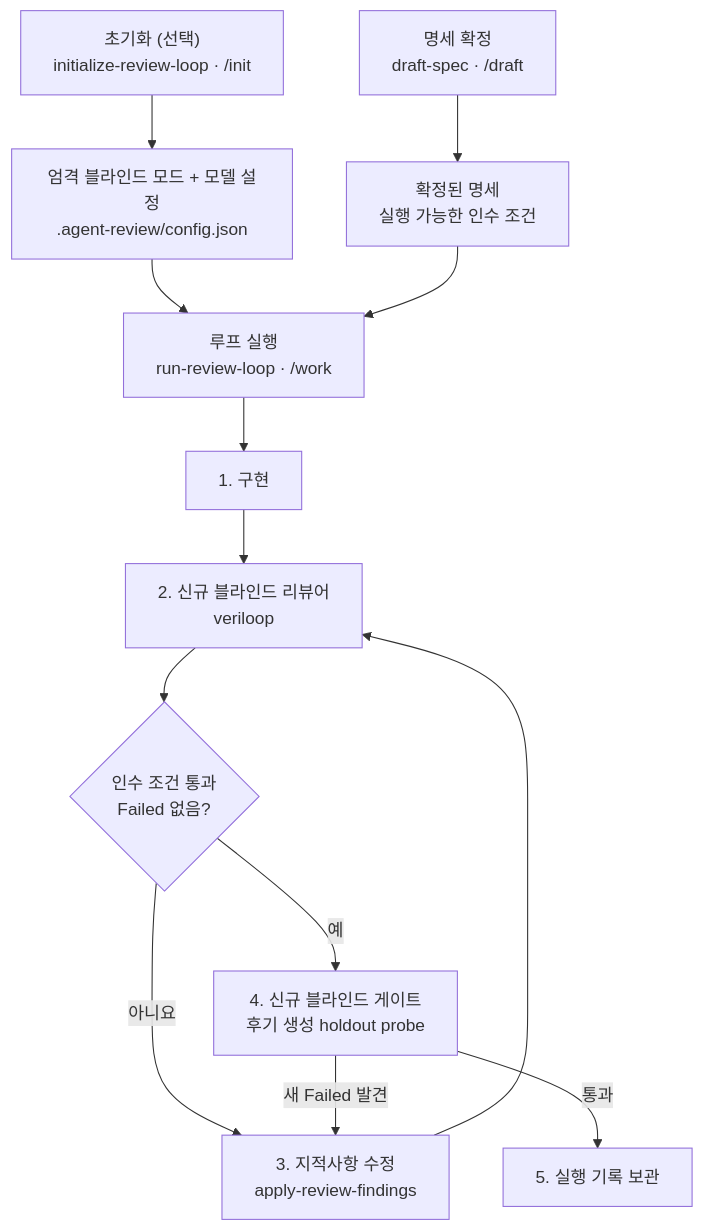
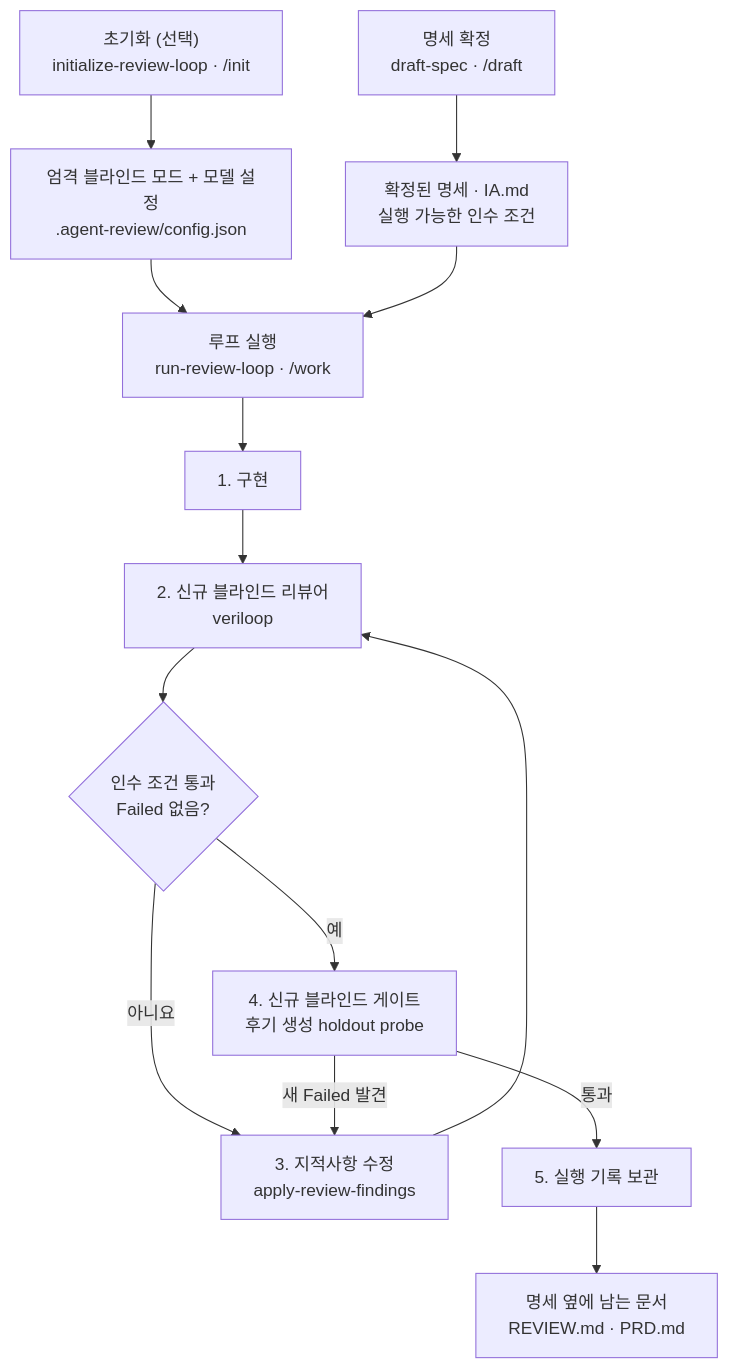
Before and after one commit to dev-geon/veriloop: the diagram in README.ko.md, drawn with Mermaid. The commit also changed other lines of this file and 5 other files, not shown here.

First line of the commit message:
feat: split loop artifacts into IA.md, REVIEW.md and PRD.md

````diff
--- a/README.ko.md
+++ b/README.ko.md
@@ -33,15 +33,16 @@
 ```mermaid
 flowchart TD
     Init["초기화 (선택)<br/>initialize-review-loop · /init"] --> State["엄격 블라인드 모드 + 모델 설정<br/>.agent-review/config.json"]
-    Draft["명세 확정<br/>draft-spec · /draft"] --> Spec["확정된 명세<br/>실행 가능한 인수 조건"]
+    Draft["명세 확정<br/>draft-spec · /draft"] --> Spec["확정된 명세 · IA.md<br/>실행 가능한 인수 조건"]
     State --> Run["루프 실행<br/>run-review-loop · /work"]
     Spec --> Run
     Run --> Develop["1. 구현"]
     Develop --> Review["2. 신규 블라인드 리뷰어<br/>veriloop"]
     Review --> Decision{"인수 조건 통과<br/>Failed 없음?"}
     Decision -- "아니요" --> Fix["3. 지적사항 수정<br/>apply-review-findings"]
     Fix --> Review
     Decision -- "예" --> Gate["4. 신규 블라인드 게이트<br/>후기 생성 holdout probe"]
     Gate -- "새 Failed 발견" --> Fix
     Gate -- "통과" --> Archive["5. 실행 기록 보관"]
+    Archive --> Docs["명세 옆에 남는 문서<br/>REVIEW.md · PRD.md"]
 ```
````
